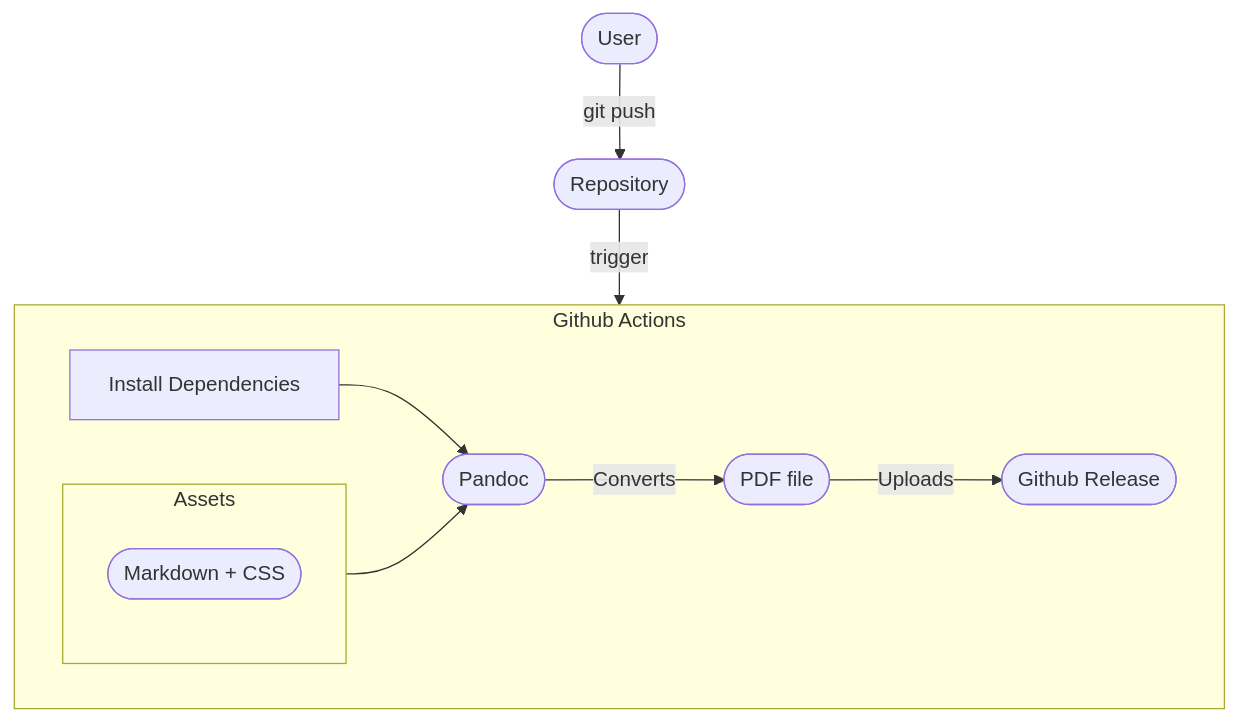
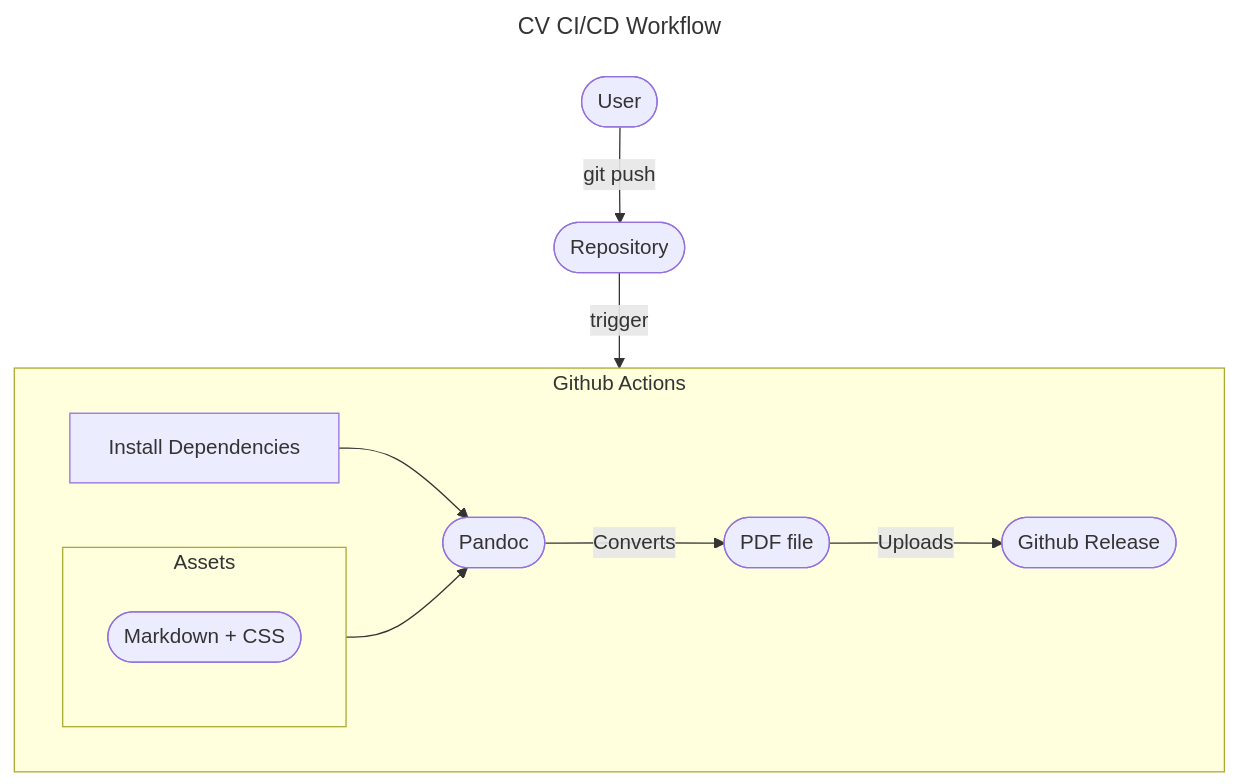
The diagram in content/blog/cicd-your-cv/index.md (ShaharNaveh/ShaharNaveh.github.io), drawn with Mermaid before and after one commit. The commit also changed other lines of this file, not shown here.

````diff
--- a/content/blog/cicd-your-cv/index.md
+++ b/content/blog/cicd-your-cv/index.md
@@ -18,25 +16,28 @@
 ```mermaid
+---
+title: CV CI/CD Workflow
+---
 flowchart TD
   user([User])
   repository([Repository])
   action([Github Action])
   dependencies["Install Dependencies"]
   pandoc([Pandoc])
   markdown_css([Markdown + CSS])
   pdf([PDF file])
   release([Github Release])
   
   subgraph action [Github Actions]
     dependencies-->pandoc
     pandoc-- Converts -->pdf
     pdf-- Uploads -->release
 
     subgraph assets [Assets]
       markdown_css
     end
   end
 
 user-- git push -->repository
 repository-- trigger -->action
 assets-->pandoc
 ```
````
